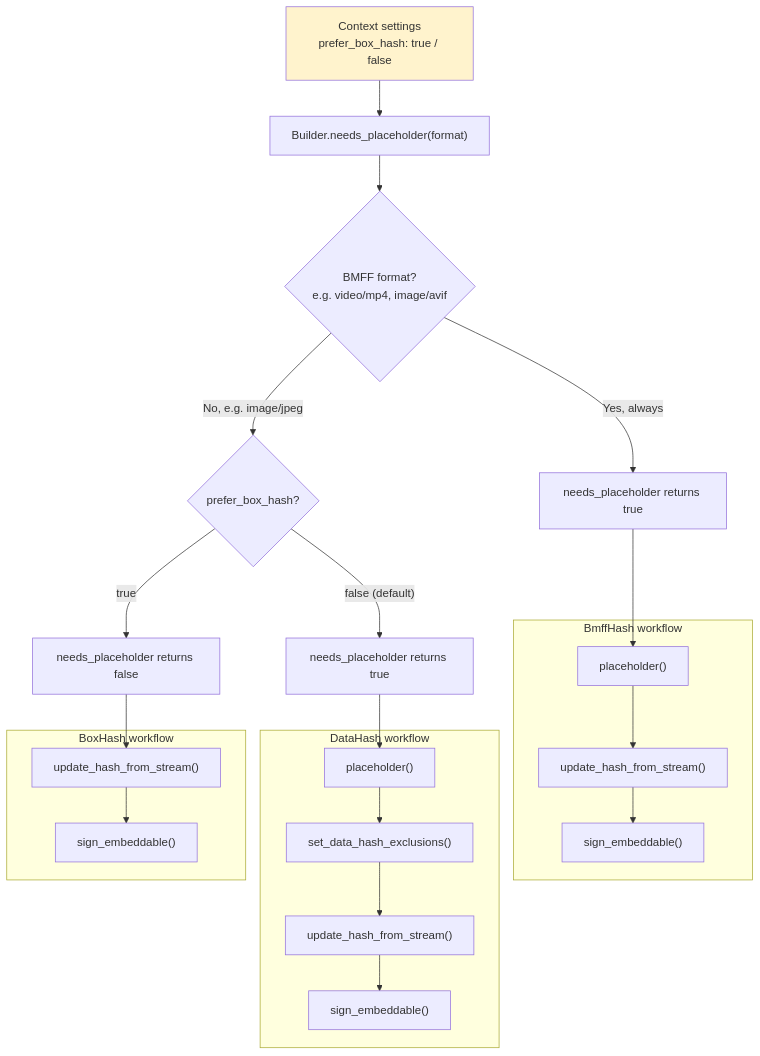
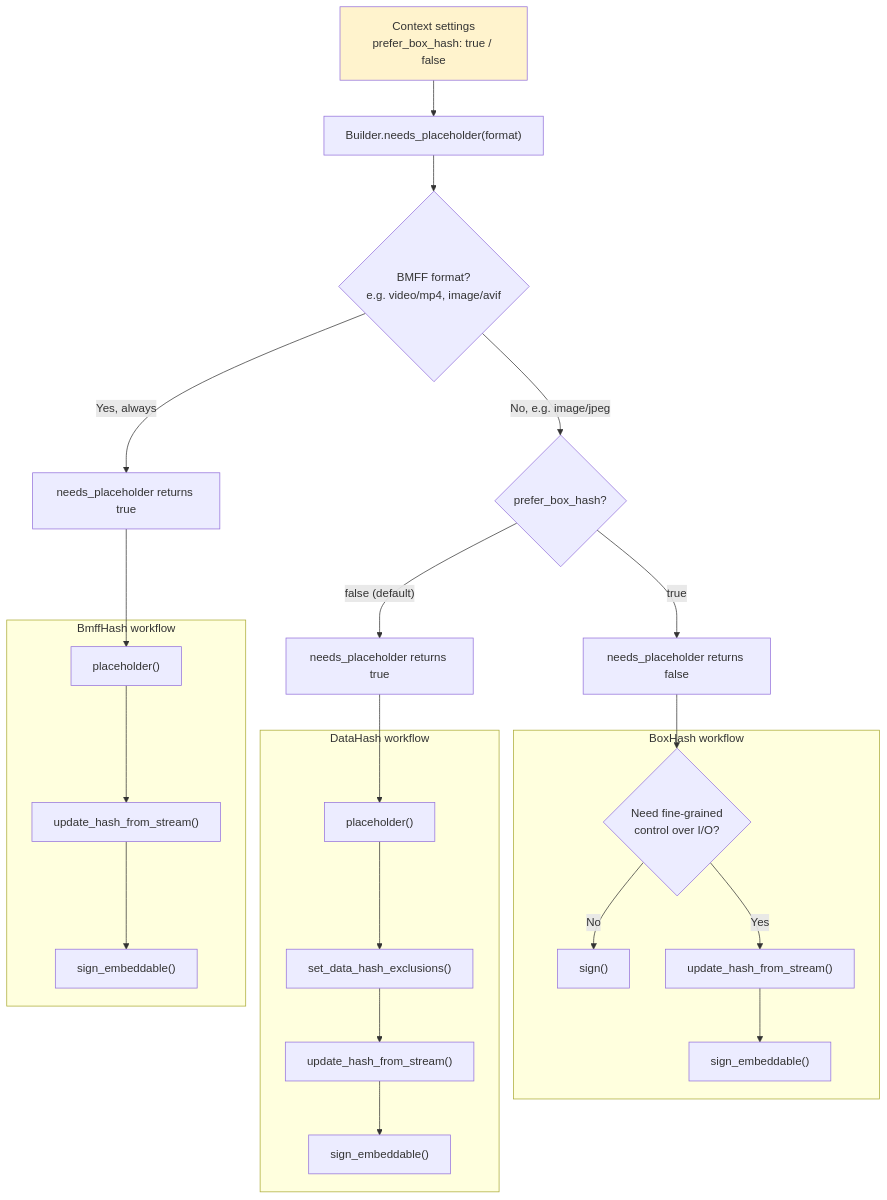
One commit to contentauth/c2pa-c changed the first of 8 diagrams in docs/embeddable-api.md. Above: the diagram before and after it, drawn with Mermaid.

````diff
--- a/docs/embeddable-api.md
+++ b/docs/embeddable-api.md
@@ -51,32 +51,34 @@
 ```mermaid
 flowchart TD
     Settings["Context settings<br/>prefer_box_hash: true / false"]
     Start["Builder.needs_placeholder(format)"]
 
     Settings --> Start
     Start --> IsBmff{BMFF format?<br/>e.g. video/mp4, image/avif}
     IsBmff -->|Yes, always| BmffTrue["needs_placeholder returns true"]
     IsBmff -->|No, e.g. image/jpeg| BoxCheck{"prefer_box_hash?"}
     BoxCheck -->|"false (default)"| DHTrue["needs_placeholder returns true"]
     BoxCheck -->|"true"| BHFalse["needs_placeholder returns false"]
 
     BmffTrue --> BmffPH["placeholder()"]
     subgraph BmffFlow ["BmffHash workflow"]
         BmffPH --> BmffHash["update_hash_from_stream()"]
         BmffHash --> BmffSign["sign_embeddable()"]
     end
 
     DHTrue --> DHPH["placeholder()"]
     subgraph DHFlow ["DataHash workflow"]
         DHPH --> DHExcl["set_data_hash_exclusions()"]
         DHExcl --> DHHash["update_hash_from_stream()"]
         DHHash --> DHSign["sign_embeddable()"]
     end
 
-    BHFalse --> BHHash["update_hash_from_stream()"]
+    BHFalse --> BHChoice{"Need fine-grained<br/>control over I/O?"}
     subgraph BHFlow ["BoxHash workflow"]
-        BHHash --> BHSign["sign_embeddable()"]
+        BHChoice -->|No| BHSign["sign()"]
+        BHChoice -->|Yes| BHHash["update_hash_from_stream()"]
+        BHHash --> BHSignEmb["sign_embeddable()"]
     end
 
     style Settings fill:#fff3cd
 ```
````
